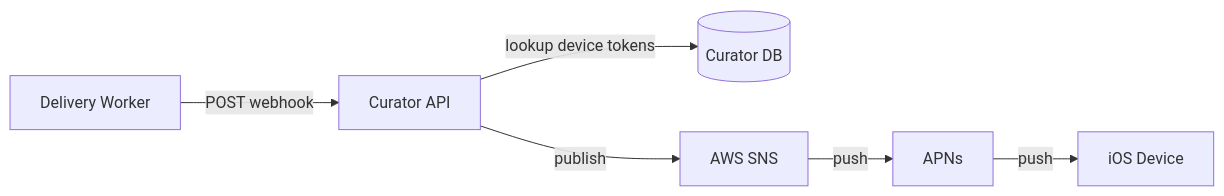
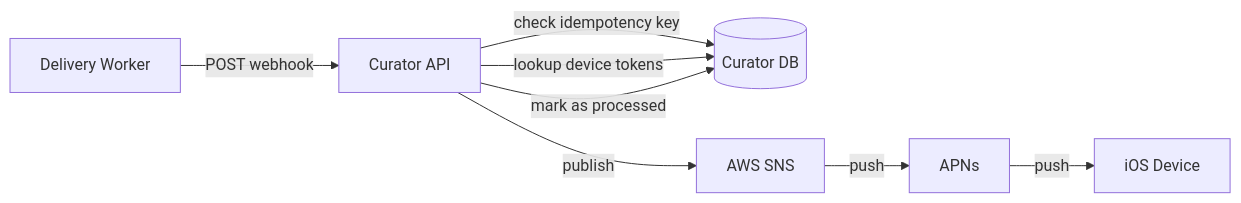
One commit to geobrowser/gaia changed the fifth of 6 diagrams in docs/rfcs/0004-notification-service.md. Above: the diagram before and after it, drawn with Mermaid. The commit also changed other lines of this file, not shown here.

````diff
--- a/docs/rfcs/0004-notification-service.md
+++ b/docs/rfcs/0004-notification-service.md
@@ -303,8 +343,10 @@
 ```mermaid
 flowchart LR
     DW[Delivery Worker] -->|POST webhook| CUR[Curator API]
-    CUR -->|lookup device tokens| DB[(Curator DB)]
+    CUR -->|check idempotency key| DB[(Curator DB)]
+    CUR -->|lookup device tokens| DB
     CUR -->|publish| SNS[AWS SNS]
+    CUR -->|mark as processed| DB
     SNS -->|push| APNs[APNs]
     APNs -->|push| iOS[iOS Device]
 ```
````
